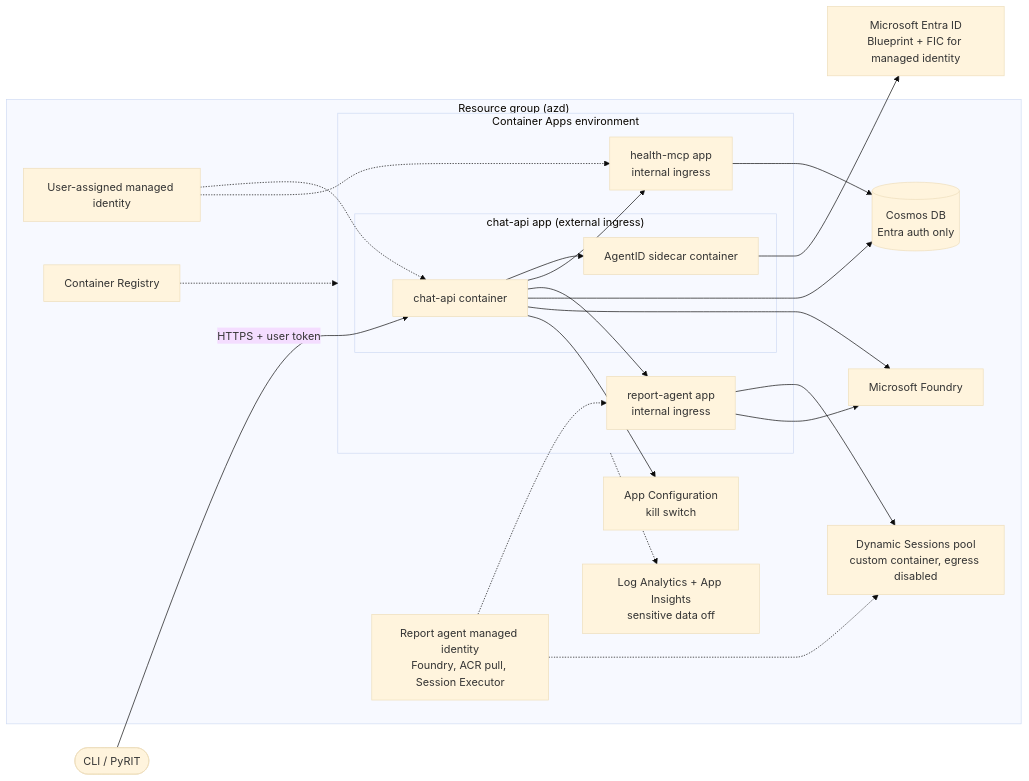
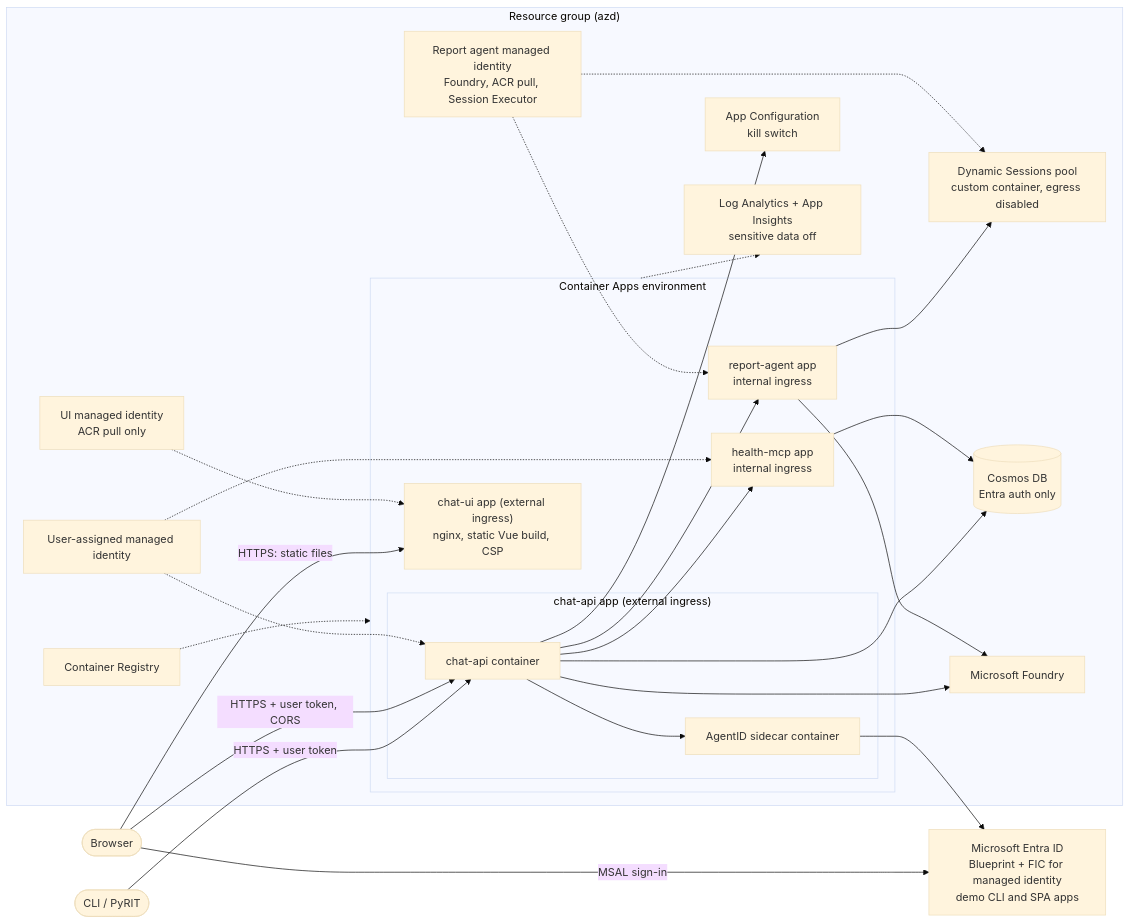
One commit to willvelida/owasp-agents-sample changed the sixth of 6 diagrams in docs/architecture.md. Above: the diagram before and after it, drawn with Mermaid (base theme). The commit also changed other lines of this file and 6 other files, not shown here.

First line of the commit message:
docs: record the browser client in ADR-0025 and move the demo to it

````diff
--- a/docs/architecture.md
+++ b/docs/architecture.md
@@ -187,42 +188,49 @@
 ```mermaid
 flowchart LR
     cli([CLI / PyRIT])
-    entra["Microsoft Entra ID<br/>Blueprint + FIC for managed identity"]
+    browser([Browser])
+    entra["Microsoft Entra ID<br/>Blueprint + FIC for managed identity<br/>demo CLI and SPA apps"]
 
     subgraph rg["Resource group (azd)"]
         subgraph cae["Container Apps environment"]
             subgraph chatapp["chat-api app (external ingress)"]
                 chat["chat-api container"]
                 sidecar["AgentID sidecar container"]
             end
+            ui["chat-ui app (external ingress)<br/>nginx, static Vue build, CSP"]
             mcp["health-mcp app<br/>internal ingress"]
             report["report-agent app<br/>internal ingress"]
         end
         sessions["Dynamic Sessions pool<br/>custom container, egress disabled"]
         mi["User-assigned managed identity"]
         reportmi["Report agent managed identity<br/>Foundry, ACR pull, Session Executor"]
+        uimi["UI managed identity<br/>ACR pull only"]
         cosmos[("Cosmos DB<br/>Entra auth only")]
         foundry["Microsoft Foundry"]
         appconfig["App Configuration<br/>kill switch"]
         acr["Container Registry"]
         logs["Log Analytics + App Insights<br/>sensitive data off"]
     end
 
     cli -->|"HTTPS + user token"| chat
+    browser -->|"HTTPS: static files"| ui
+    browser -->|"HTTPS + user token, CORS"| chat
+    browser -->|"MSAL sign-in"| entra
     chat --> sidecar
     sidecar --> entra
     chat --> mcp
     chat --> report
     report --> sessions
     mi -.-> chat
     mi -.-> mcp
     reportmi -.-> report
     reportmi -.-> sessions
+    uimi -.-> ui
     chat --> cosmos
     mcp --> cosmos
     chat --> foundry
     report --> foundry
     chat --> appconfig
     acr -.-> cae
     cae -.-> logs
 ```
````
